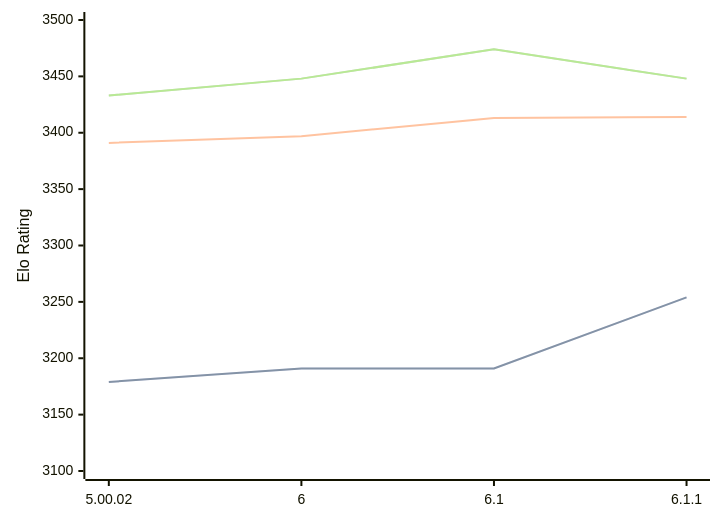
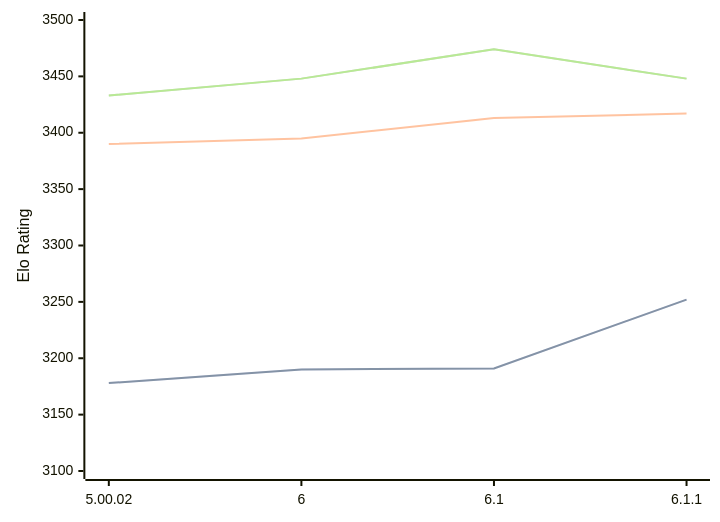
One commit to computer-chess-index/cci changed the diagram in engines/Zangdar.md. Above: the diagram before and after it, drawn with Mermaid. The commit also changed other lines of this file, not shown here.

````diff
--- a/engines/Zangdar.md
+++ b/engines/Zangdar.md
@@ -44,11 +44,11 @@
 ```mermaid
 %%{init: {"theme":"base","themeVariables":{"seriesColors:['#a3a3a3','#222221','#faa371']}}}%%
 xychart-beta
   x-axis ["5.00.02", "6", "6.1", "6.1.1"]
   y-axis "Elo Rating" 3100 --> 3500
-  line "STC (8.0+0.08s)" [3179, 3191, 3191, 3254]
-  line "STC (8.0+0.08s)" [3179, 3191, 3191, 3254]
-  line "LTC (60.0+0.60s)" [3391, 3397, 3413, 3414]
+  line "STC (8.0+0.08s)" [3178, 3190, 3191, 3252]
+  line "STC (8.0+0.08s)" [3178, 3190, 3191, 3252]
+  line "LTC (60.0+0.60s)" [3390, 3395, 3413, 3417]
   line "VLTC (2m24s+1.12s)" [3433, 3448, 3474, 3448]
   line "VLTC (2m24s+1.12s)" [3433, 3448, 3474, 3448]
 ```
````
